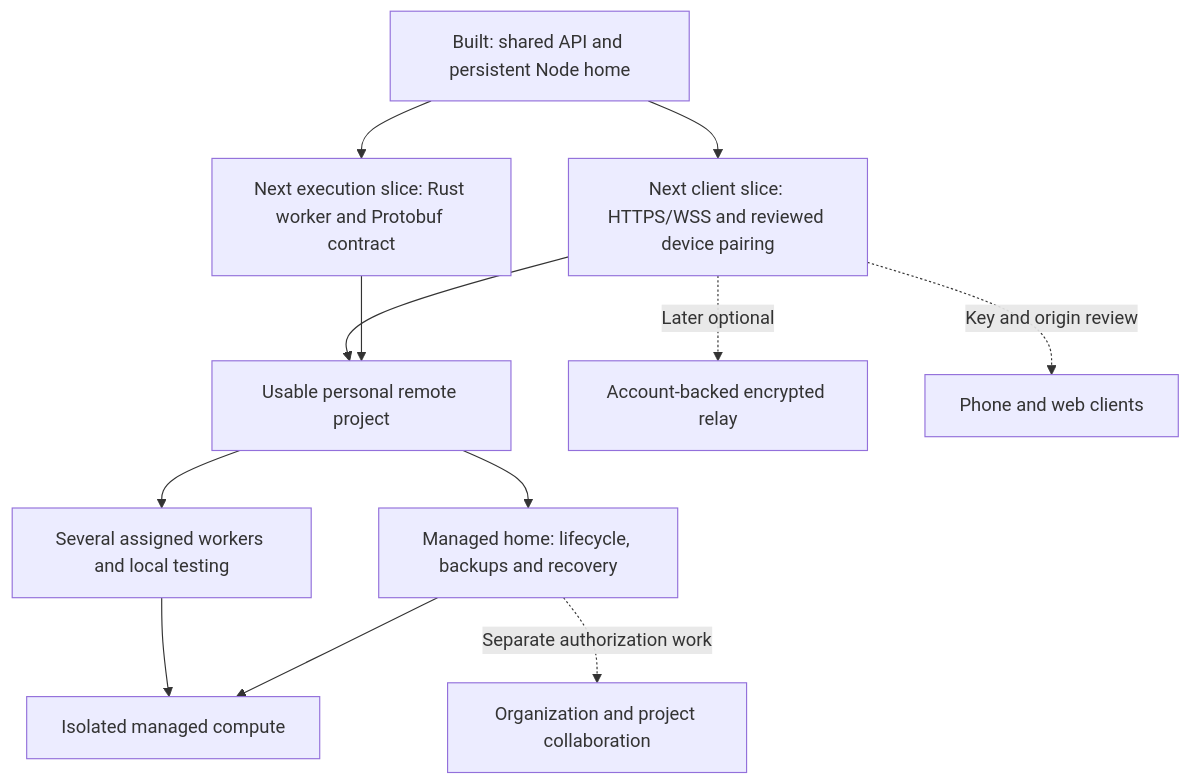
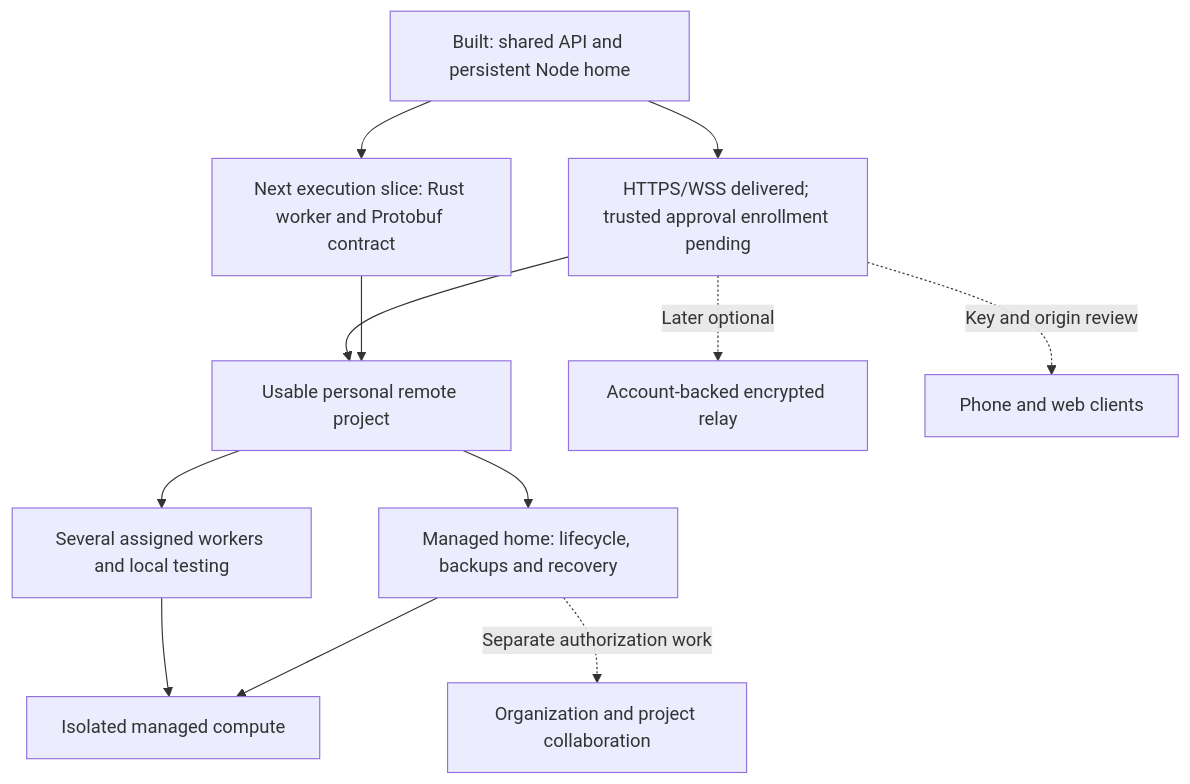
One commit to AltharIDE/althar changed the second of 2 diagrams in docs/decisions/proposed/103-projects-live-locally-or-on-a-host-and-place-work-in-pools.md. Above: the diagram before and after it, drawn with Mermaid. The commit also changed other lines of this file and 64 other files, not shown here.

````diff
--- a/docs/decisions/proposed/103-projects-live-locally-or-on-a-host-and-place-work-in-pools.md
+++ b/docs/decisions/proposed/103-projects-live-locally-or-on-a-host-and-place-work-in-pools.md
@@ -465,15 +475,15 @@
 ```mermaid
 flowchart TD
     Existing[Built: shared API and persistent Node home]
-    Existing --> Direct[Next client slice: HTTPS/WSS and reviewed device pairing]
+    Existing --> Direct[HTTPS/WSS delivered; trusted approval enrollment pending]
     Existing --> Worker[Next execution slice: Rust worker and Protobuf contract]
     Direct --> Personal[Usable personal remote project]
     Worker --> Personal
     Personal --> Pools[Several assigned workers and local testing]
     Personal --> Hosted[Managed home: lifecycle, backups and recovery]
     Pools --> Cloud[Isolated managed compute]
     Hosted --> Cloud
     Direct -. Later optional .-> Relay[Account-backed encrypted relay]
     Direct -. Key and origin review .-> Clients[Phone and web clients]
     Hosted -. Separate authorization work .-> Multiplayer[Organization and project collaboration]
 ```
````
